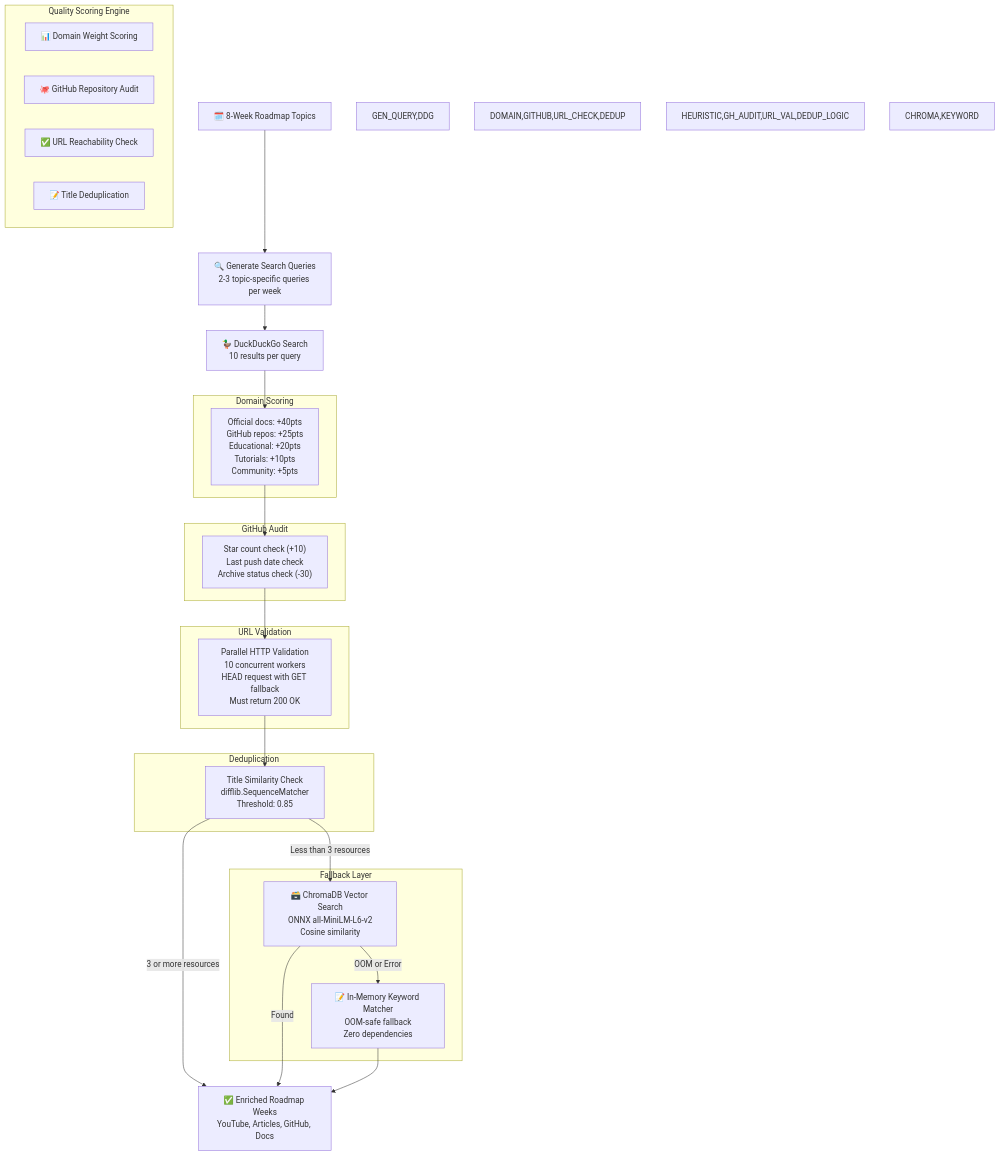
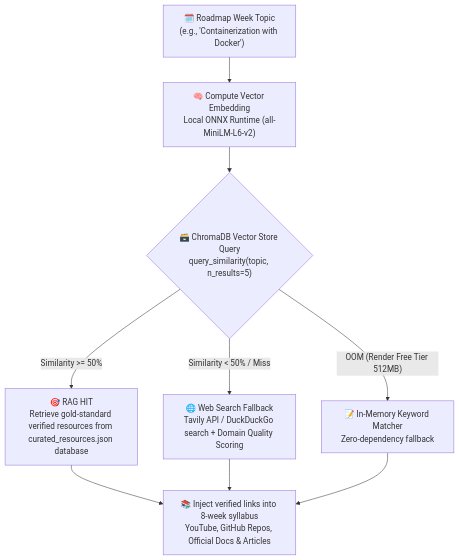
One commit to Anil-Pradhan-web/ai-career-mentor changed diagram 26 of 34 in documentation/ARCHITECTURE.md. Above: the diagram before and after it, drawn with Mermaid. The commit also changed other lines of this file, not shown here.

Commit message:
docs: expand ARCHITECTURE.md Data Flows to cover all 6 core workflows and detail Resume & Roadmap RAG pipelines

````diff
--- a/documentation/ARCHITECTURE.md
+++ b/documentation/ARCHITECTURE.md
@@ -1195,60 +1183,14 @@
 ```mermaid
 flowchart TD
-    classDef input fill:#818cf8,color:#fff,stroke:#6366f1
-    classDef search fill:#06b6d4,color:#fff,stroke:#0891b2
-    classDef quality fill:#f59e0b,color:#fff,stroke:#d97706
-    classDef fallback fill:#7c3aed,color:#fff,stroke:#a78bfa
-    classDef output fill:#34d399,color:#fff,stroke:#10b981
-
-    WEEKS["🗓️ 8-Week Roadmap Topics"]
+    TOPIC["🗓️ Roadmap Week Topic<br/>(e.g., 'Containerization with Docker')"] --> EMBED["🧠 Compute Vector Embedding<br/>Local ONNX Runtime (all-MiniLM-L6-v2)"]
     
-    WEEKS --> GEN_QUERY["🔍 Generate Search Queries<br/>2-3 topic-specific queries per week"]
+    EMBED --> CHROMA{"🗃️ ChromaDB Vector Store Query<br/>query_similarity(topic, n_results=5)"}
     
-    GEN_QUERY --> DDG["🦆 DuckDuckGo Search<br/>10 results per query"]
+    CHROMA -->|"Similarity >= 50%"| RAG_HIT["🎯 RAG HIT<br/>Retrieve gold-standard verified resources from curated_resources.json database"]
     
-    subgraph "Quality Scoring Engine"
-        DOMAIN["📊 Domain Weight Scoring"]
-        GITHUB["🐙 GitHub Repository Audit"]
-        URL_CHECK["✅ URL Reachability Check"]
-        DEDUP["📝 Title Deduplication"]
-    end
+    CHROMA -->|"Similarity < 50% / Miss"| WEB_FALLBACK["🌐 Web Search Fallback<br/>Tavily API / DuckDuckGo search + Domain Quality Scoring"]
     
-    subgraph "Domain Scoring"
-        HEURISTIC["Official docs: +40pts<br/>GitHub repos: +25pts<br/>Educational: +20pts<br/>Tutorials: +10pts<br/>Community: +5pts"]
-    end
+    CHROMA -->|"OOM (Render Free Tier 512MB)"| MEM_FALLBACK["📝 In-Memory Keyword Matcher<br/>Zero-dependency fallback"]
     
-    subgraph "GitHub Audit"
-        GH_AUDIT["Star count check (+10)<br/>Last push date check<br/>Archive status check (-30)"]
-    end
-    
-    subgraph "URL Validation"
-        URL_VAL["Parallel HTTP Validation<br/>10 concurrent workers<br/>HEAD request with GET fallback<br/>Must return 200 OK"]
-    end
-    
-    subgraph "Deduplication"
-        DEDUP_LOGIC["Title Similarity Check<br/>difflib.SequenceMatcher<br/>Threshold: 0.85"]
-    end
-
-    subgraph "Fallback Layer"
-        CHROMA["🗃️ ChromaDB Vector Search<br/>ONNX all-MiniLM-L6-v2<br/>Cosine similarity"]
-        KEYWORD["📝 In-Memory Keyword Matcher<br/>OOM-safe fallback<br/>Zero dependencies"]
-    end
-
-    DDG --> HEURISTIC
-    HEURISTIC --> GH_AUDIT
-    GH_AUDIT --> URL_VAL
-    URL_VAL --> DEDUP_LOGIC
-    
-    DEDUP_LOGIC -->|"3 or more resources"| ENRICHED["✅ Enriched Roadmap Weeks<br/>YouTube, Articles, GitHub, Docs"]
-    
-    DEDUP_LOGIC -->|"Less than 3 resources"| CHROMA
-    CHROMA -->|"Found"| ENRICHED
-    CHROMA -->|"OOM or Error"| KEYWORD --> ENRICHED
-    
-    style WEEKS input
-    style GEN_QUERY,DDG search
-    style DOMAIN,GITHUB,URL_CHECK,DEDUP quality
-    style HEURISTIC,GH_AUDIT,URL_VAL,DEDUP_LOGIC quality
-    style CHROMA,KEYWORD fallback
-    style ENRICHED output
+    RAG_HIT & WEB_FALLBACK & MEM_FALLBACK --> SYLLABUS["📚 Inject verified links into 8-week syllabus<br/>YouTube, GitHub Repos, Official Docs & Articles"]
 ```
````
